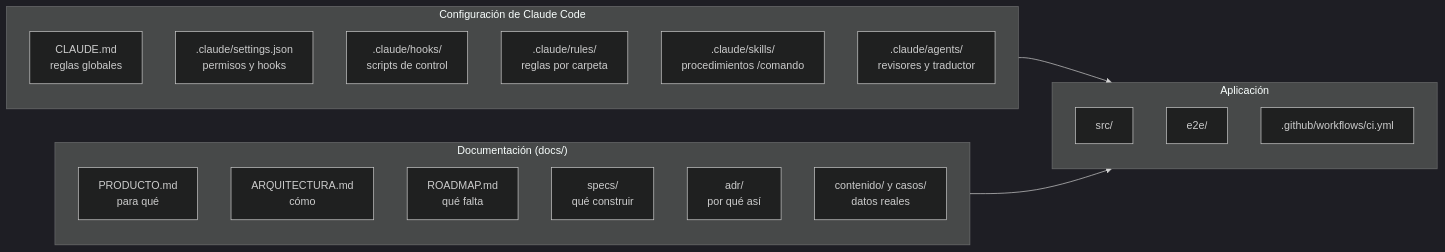
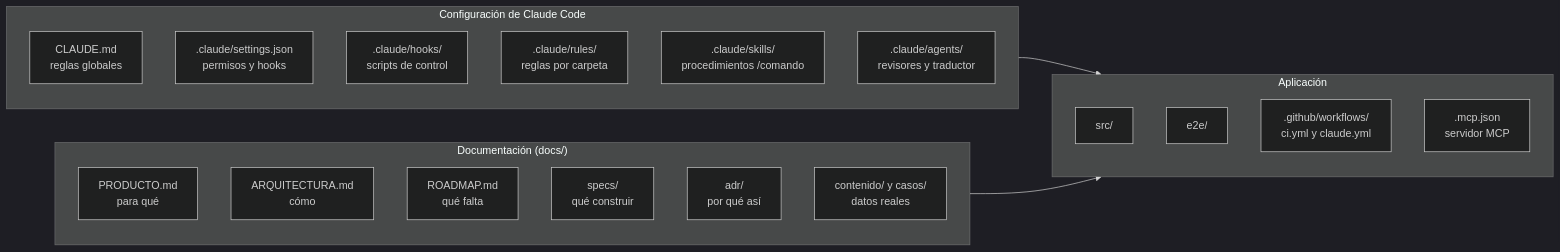
Before and after one commit to patricioprp/portfolio: the second of 2 diagrams in docs/guia-ia/README.md, drawn with Mermaid (dark theme). The commit also changed other lines of this file and 104 other files, not shown here.

````diff
--- a/docs/guia-ia/README.md
+++ b/docs/guia-ia/README.md
@@ -66,27 +73,28 @@
 ```mermaid
 flowchart LR
     accTitle: Mapa del repositorio: configuración de Claude Code, documentación y aplicación
     subgraph IA["Configuración de Claude Code"]
         CM["CLAUDE.md<br/>reglas globales"]
         ST[".claude/settings.json<br/>permisos y hooks"]
         HK[".claude/hooks/<br/>scripts de control"]
         RU[".claude/rules/<br/>reglas por carpeta"]
         SK[".claude/skills/<br/>procedimientos /comando"]
         AG[".claude/agents/<br/>revisores y traductor"]
     end
     subgraph DOC["Documentación (docs/)"]
         PR["PRODUCTO.md<br/>para qué"]
         AR["ARQUITECTURA.md<br/>cómo"]
         RM["ROADMAP.md<br/>qué falta"]
         SP["specs/<br/>qué construir"]
         AD["adr/<br/>por qué así"]
         CO["contenido/ y casos/<br/>datos reales"]
     end
     subgraph APP["Aplicación"]
         SRC["src/"]
         E2E["e2e/"]
-        CI[".github/workflows/ci.yml"]
+        CI[".github/workflows/<br/>ci.yml y claude.yml"]
+        MCP[".mcp.json<br/>servidor MCP"]
     end
     IA --> APP
     DOC --> APP
 ```
````
